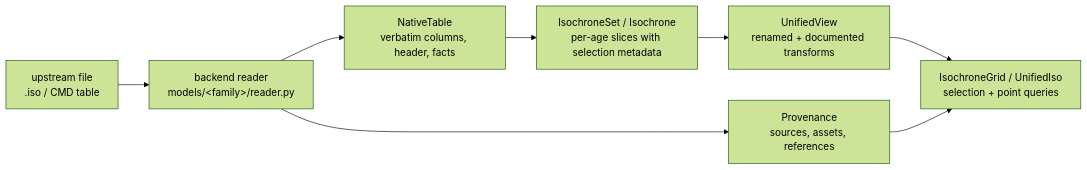
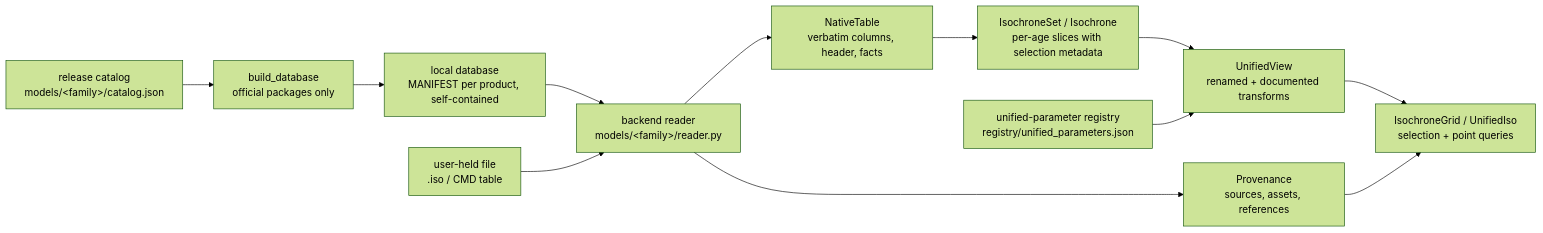
The diagram in docs/architecture.md (astro-jingtao/stellariso), drawn with Mermaid (forest theme) before and after one commit. The commit also changed other lines of this file and 31 other files, not shown here.

First line of the commit message:
feat: complete published matrix catalog, PARSEC tracks, local synthesis

````diff
--- a/docs/architecture.md
+++ b/docs/architecture.md
@@ -7,10 +7,14 @@
 ```mermaid
 flowchart LR
-    F[upstream file<br/>.iso / CMD table] --> R[backend reader<br/>models/&lt;family&gt;/reader.py]
+    C[release catalog<br/>models/&lt;family&gt;/catalog.json] --> B[build_database<br/>official packages only]
+    B --> D[local database<br/>MANIFEST per product, self-contained]
+    D --> R[backend reader<br/>models/&lt;family&gt;/reader.py]
+    F[user-held file<br/>.iso / CMD table] --> R
     R --> N[NativeTable<br/>verbatim columns, header, facts]
     N --> S[IsochroneSet / Isochrone<br/>per-age slices with selection metadata]
     S --> U[UnifiedView<br/>renamed + documented transforms]
+    Q[unified-parameter registry<br/>registry/unified_parameters.json] --> U
     U --> G[IsochroneGrid / UnifiedIso<br/>selection + point queries]
     R --> P[Provenance<br/>sources, assets, references]
     P --> G
 ```
````
